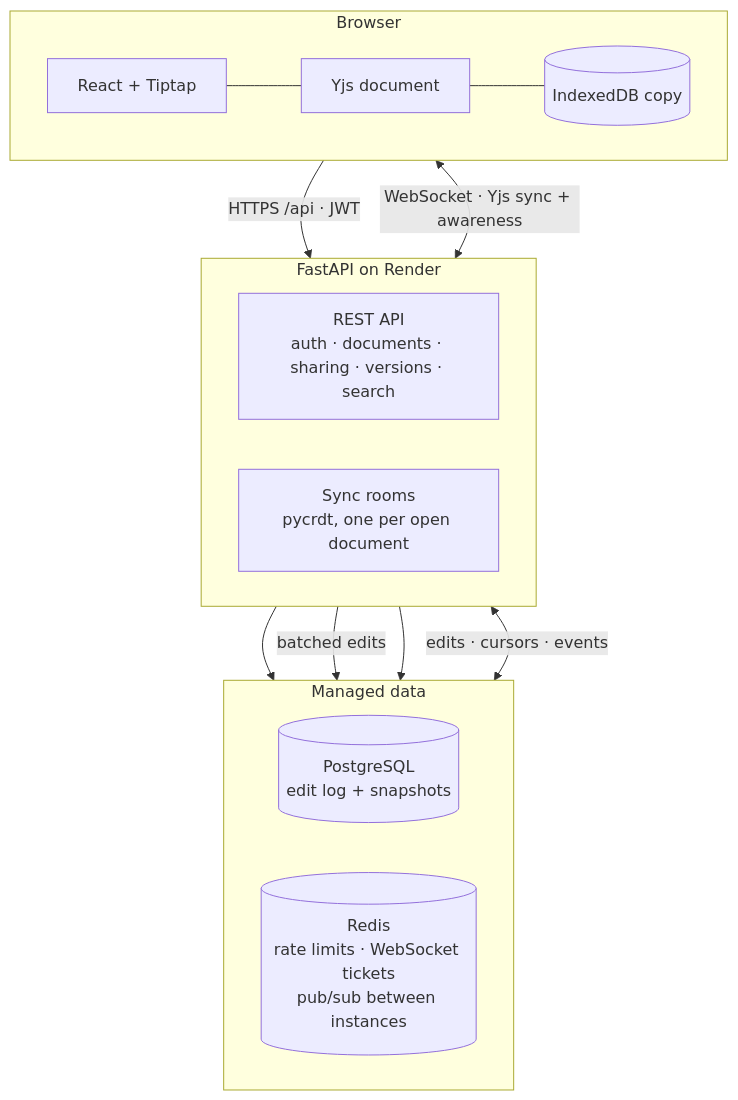
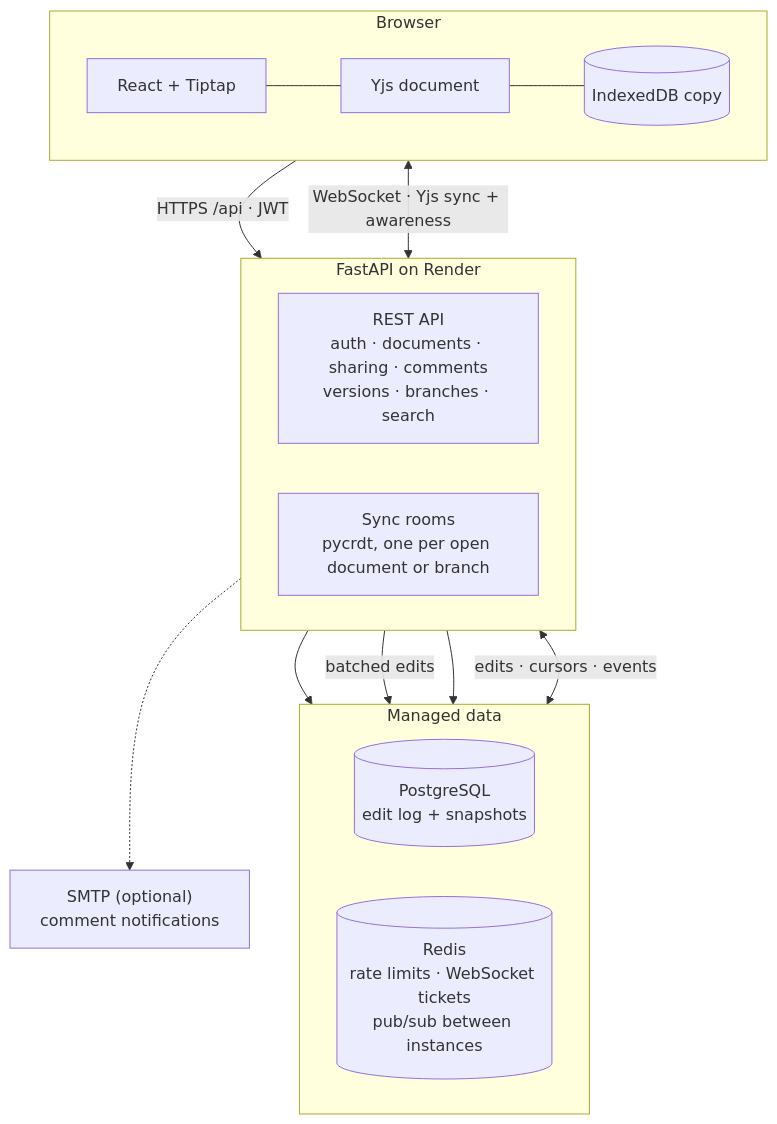
The diagram in README.md (Aditya-XR/collaborative-editor), drawn with Mermaid before and after one commit. The commit also changed other lines of this file and 1 other file, not shown here.

````diff
--- a/README.md
+++ b/README.md
@@ -65,23 +66,25 @@
 ```mermaid
 flowchart TB
   subgraph Browser
     direction LR
     UI["React + Tiptap"] --- YD["Yjs document"] --- IDB[("IndexedDB copy")]
   end
   subgraph API["FastAPI on Render"]
     direction LR
-    REST["REST API<br/>auth · documents · sharing · versions · search"]
-    ROOMS["Sync rooms<br/>pycrdt, one per open document"]
+    REST["REST API<br/>auth · documents · sharing · comments<br/>versions · branches · search"]
+    ROOMS["Sync rooms<br/>pycrdt, one per open document or branch"]
   end
   subgraph Data["Managed data"]
     direction LR
     PG[("PostgreSQL<br/>edit log + snapshots")]
     RD[("Redis<br/>rate limits · WebSocket tickets<br/>pub/sub between instances")]
   end
+  MAIL["SMTP (optional)<br/>comment notifications"]
   UI -- "HTTPS /api · JWT" --> REST
   YD <-- "WebSocket · Yjs sync + awareness" --> ROOMS
   REST --> PG
   ROOMS -- "batched edits" --> PG
   REST --> RD
   ROOMS <-- "edits · cursors · events" --> RD
+  REST -.-> MAIL
 ```
````
